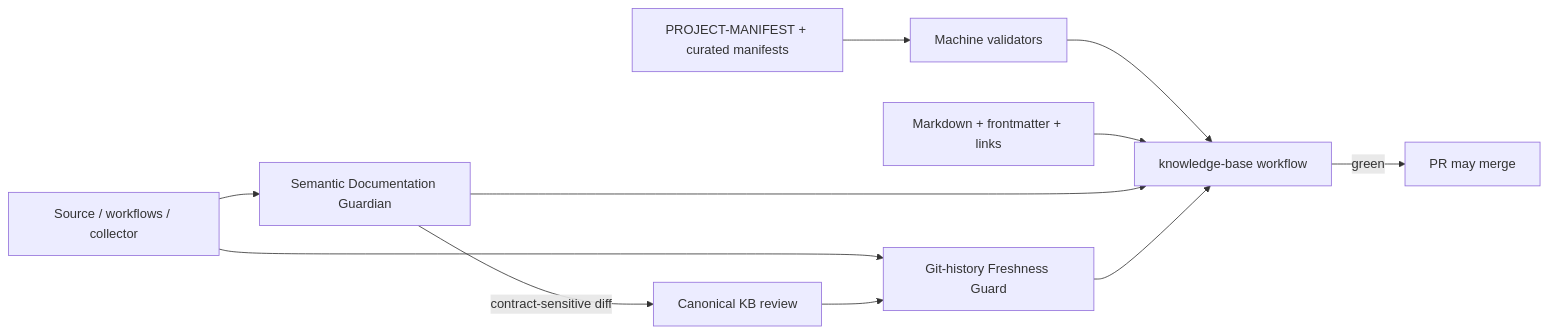
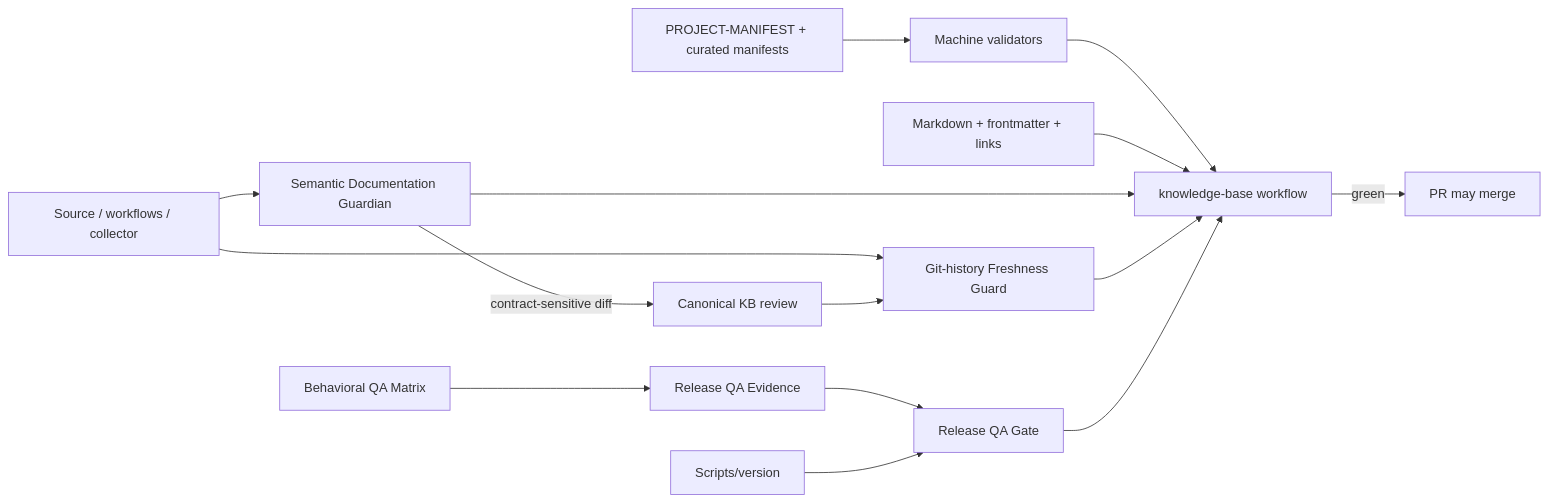
One commit to TumanovNV/impuls changed the diagram in knowledge-base/INDEX.md. Above: the diagram before and after it, drawn with Mermaid. The commit also changed other lines of this file, not shown here.

Commit message:
docs: index release QA evidence

````diff
--- a/knowledge-base/INDEX.md
+++ b/knowledge-base/INDEX.md
@@ -106,13 +108,17 @@
 ```mermaid
 flowchart LR
     SRC[Source / workflows / collector] --> G[Semantic Documentation Guardian]
     G -->|contract-sensitive diff| DOC[Canonical KB review]
     SRC --> F[Git-history Freshness Guard]
     DOC --> F
     M[PROJECT-MANIFEST + curated manifests] --> V[Machine validators]
+    QAM[Behavioral QA Matrix] --> QAE[Release QA Evidence]
+    QAE --> QAG[Release QA Gate]
+    VER[Scripts/version] --> QAG
     V --> CI[knowledge-base workflow]
     KB[Markdown + frontmatter + links] --> CI
     G --> CI
     F --> CI
+    QAG --> CI
     CI -->|green| PR[PR may merge]
 ```
````
